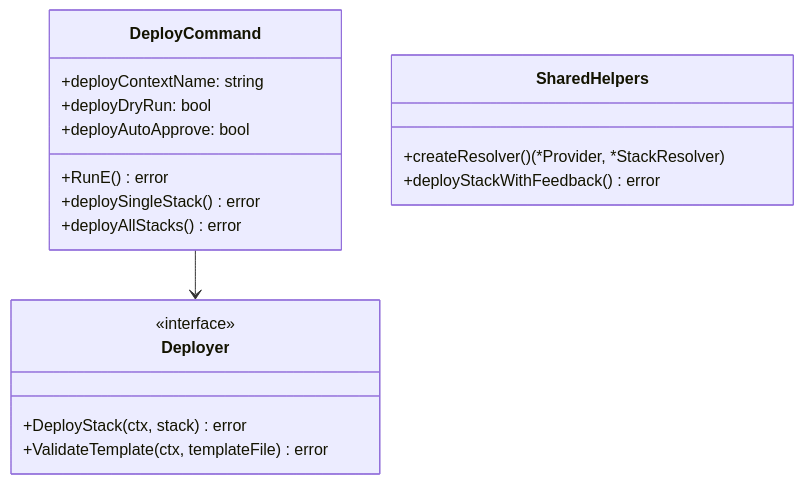
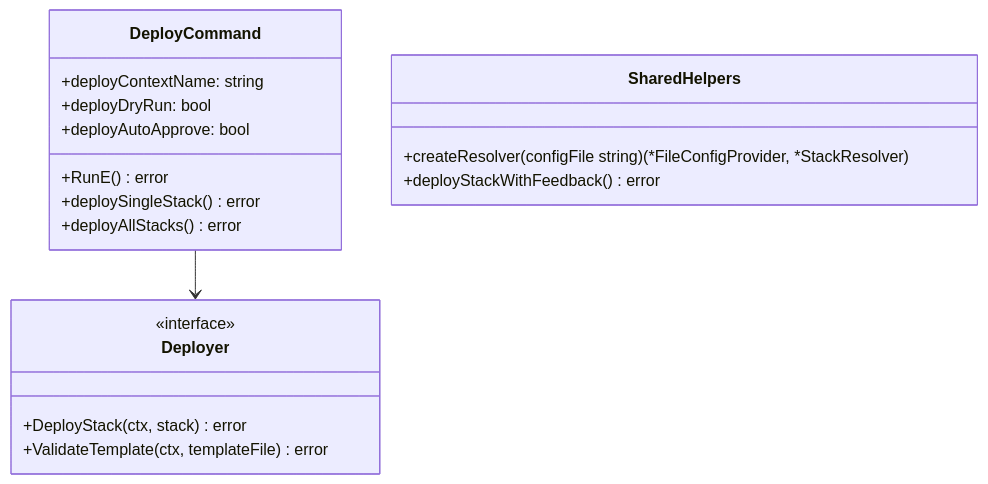
The second of 11 diagrams in docs/architecture/deploy.md (orien/stackaroo), drawn with Mermaid before and after one commit. The commit also changed other lines of this file and 6 other files, not shown here.

First line of the commit message:
feat: implement --config flag support for FileConfigProvider

````diff
--- a/docs/architecture/deploy.md
+++ b/docs/architecture/deploy.md
@@ -58,24 +58,24 @@
 ```mermaid
 classDiagram
     class DeployCommand {
         +deployContextName: string
         +deployDryRun: bool
         +deployAutoApprove: bool
         +RunE() error
         +deploySingleStack() error
         +deployAllStacks() error
     }
 
     class SharedHelpers {
-        +createResolver() (*Provider, *StackResolver)
+        +createResolver(configFile string) (*FileConfigProvider, *StackResolver)
         +deployStackWithFeedback() error
     }
 
     class Deployer {
         <<interface>>
         +DeployStack(ctx, stack) error
         +ValidateTemplate(ctx, templateFile) error
     }
 
     DeployCommand --> Deployer
 ```
````
